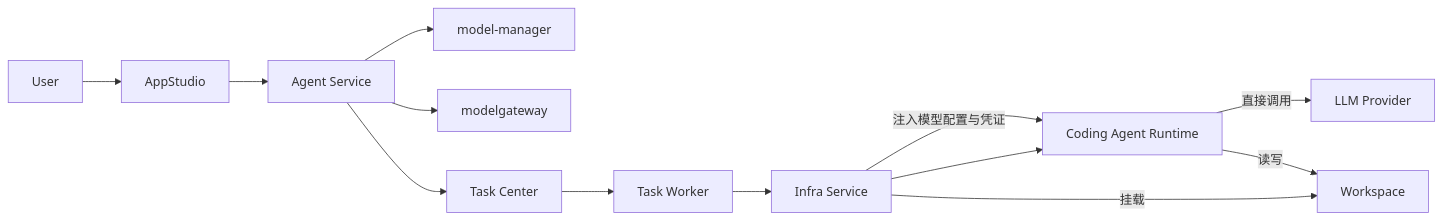
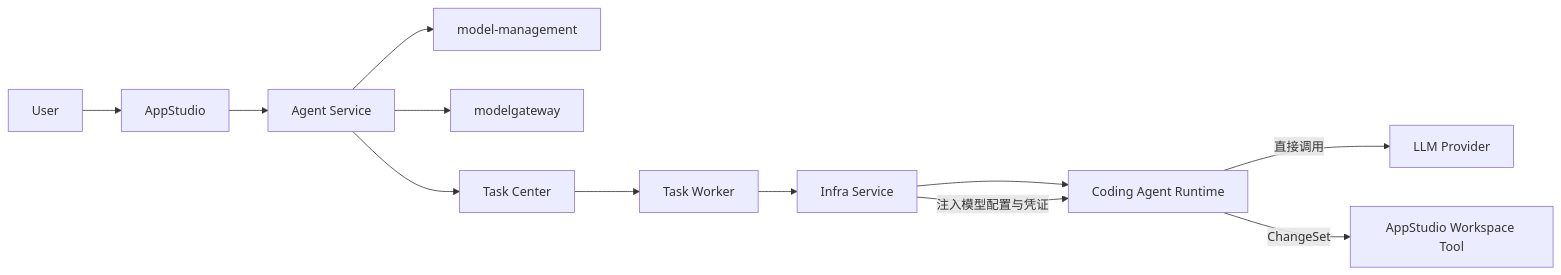
The tenth of 11 diagrams in 00_product/domains/appstudio/product-spec.md (wangweihong/omnimam-spec), drawn with Mermaid before and after one commit. The commit also changed other lines of this file and 38 other files, not shown here.

````diff
--- a/00_product/domains/appstudio/product-spec.md
+++ b/00_product/domains/appstudio/product-spec.md
@@ -2482,28 +2527,27 @@
 ```mermaid
 flowchart LR
     USER[User]
     STUDIO[AppStudio]
     AGENT_SERVICE[Agent Service]
-    MM[model-manager]
+    MM[model-management]
     MG[modelgateway]
     INFRA[Infra Service]
     AGENT[Coding Agent Runtime]
     LLM[LLM Provider]
-    WS[Workspace]
+    WT[AppStudio Workspace Tool]
 
     USER --> STUDIO
     STUDIO --> AGENT_SERVICE
 
     AGENT_SERVICE --> MM
     AGENT_SERVICE --> MG
     AGENT_SERVICE --> TASK[Task Center]
     TASK --> WORKER[Task Worker]
     WORKER --> INFRA
 
     INFRA --> AGENT
-    INFRA -->|挂载| WS
     INFRA -->|注入模型配置与凭证| AGENT
 
     AGENT -->|直接调用| LLM
-    AGENT -->|读写| WS
+    AGENT -->|ChangeSet| WT
 ```
````
